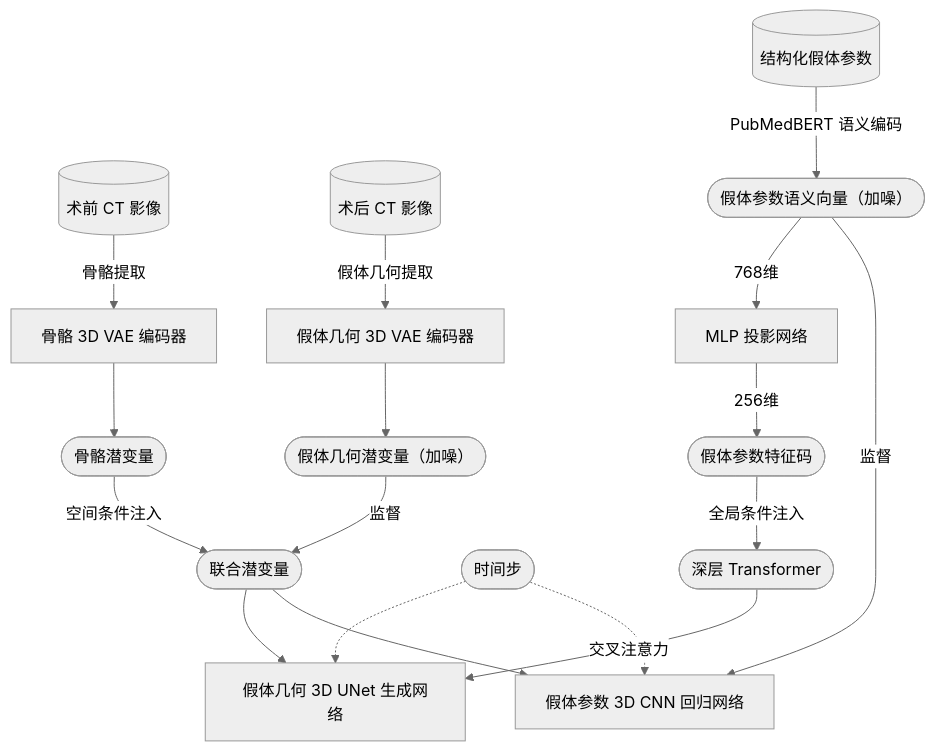
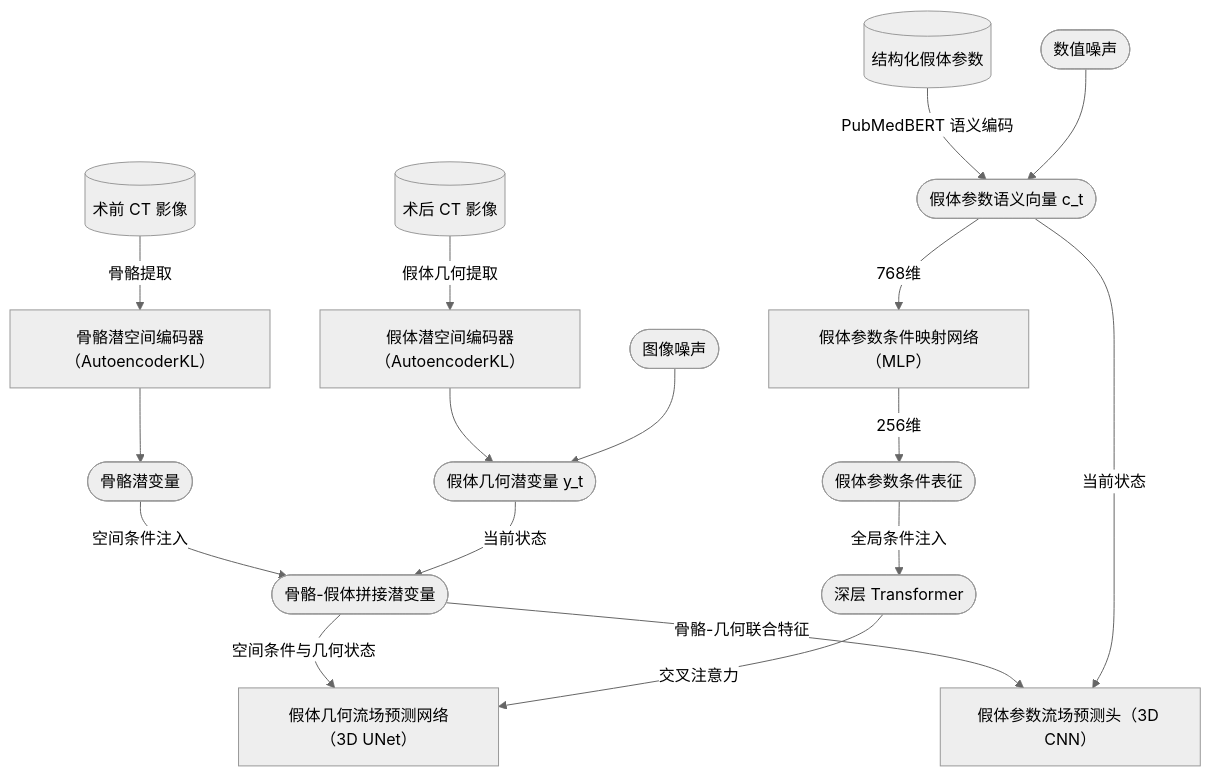
One commit to doidio/nonahip changed the first of 4 diagrams in README.md. Above: the diagram before and after it, drawn with Mermaid (neutral theme). The commit also changed other lines of this file, not shown here.

````diff
--- a/README.md
+++ b/README.md
@@ -64,48 +64,49 @@
 ```mermaid
 flowchart TB
   %% 数据输入
   pre[(术前 CT 影像)]
   post[(术后 CT 影像)]
   record[(结构化假体参数)]
 
   %% 数据特征
   bone_latent([骨骼潜变量])
-  pros_latent(["假体几何潜变量（加噪）"])
-  param_vec(["假体参数语义向量（加噪）"])
-  token([假体参数特征码])
+  pros_latent(["假体几何潜变量 y_t"])
+  param_vec(["假体参数语义向量 c_t"])
+  token([假体参数条件表征])
+  noise_c([数值噪声])
   
   %% 联合输入
-  input_tensor([联合潜变量])
-  time_step([时间步])
+  input_tensor([骨骼-假体拼接潜变量])
 
   %% 预测输出
 
   %% 模型
-  bone_ae[骨骼 3D VAE 编码器]
-  pros_ae[假体几何 3D VAE 编码器]
-  unet[假体几何 3D UNet 生成网络]
-  param_head[假体参数 3D CNN 回归网络]
-  embedder[MLP 投影网络]
+  bone_ae[骨骼潜空间编码器（AutoencoderKL）]
+  pros_ae[假体潜空间编码器（AutoencoderKL）]
+  noise_y([图像噪声])
+  unet[假体几何流场预测网络（3D UNet）]
+  param_head[假体参数流场预测头（3D CNN）]
+  embedder[假体参数条件映射网络（MLP）]
   transformer([深层 Transformer])
 
   %% 流程连线
   pre -->|"骨骼提取"| bone_ae --> bone_latent
   post -->|"假体几何提取"| pros_ae --> pros_latent
+  noise_y --> pros_latent
 
   record -->|"PubMedBERT 语义编码"| param_vec
+  noise_c --> param_vec
   
   param_vec -->|"768维"| embedder -->|"256维"| token
 
   bone_latent -->|"空间条件注入"| input_tensor
-  pros_latent -->|"监督"| input_tensor
+  pros_latent -->|"当前状态"| input_tensor
 
-  input_tensor --> unet
+  input_tensor -->|"空间条件与几何状态"| unet
   token -->|"全局条件注入"| transformer
   transformer -->|"交叉注意力"| unet
-  time_step -.-> unet
 
-  input_tensor --> param_head
-  param_vec -->|"监督"| param_head
-  time_step -.-> param_head
+  input_tensor -->|"骨骼-几何联合特征"| param_head
+  param_vec -->|"当前状态"| param_head
 
 ```
````
